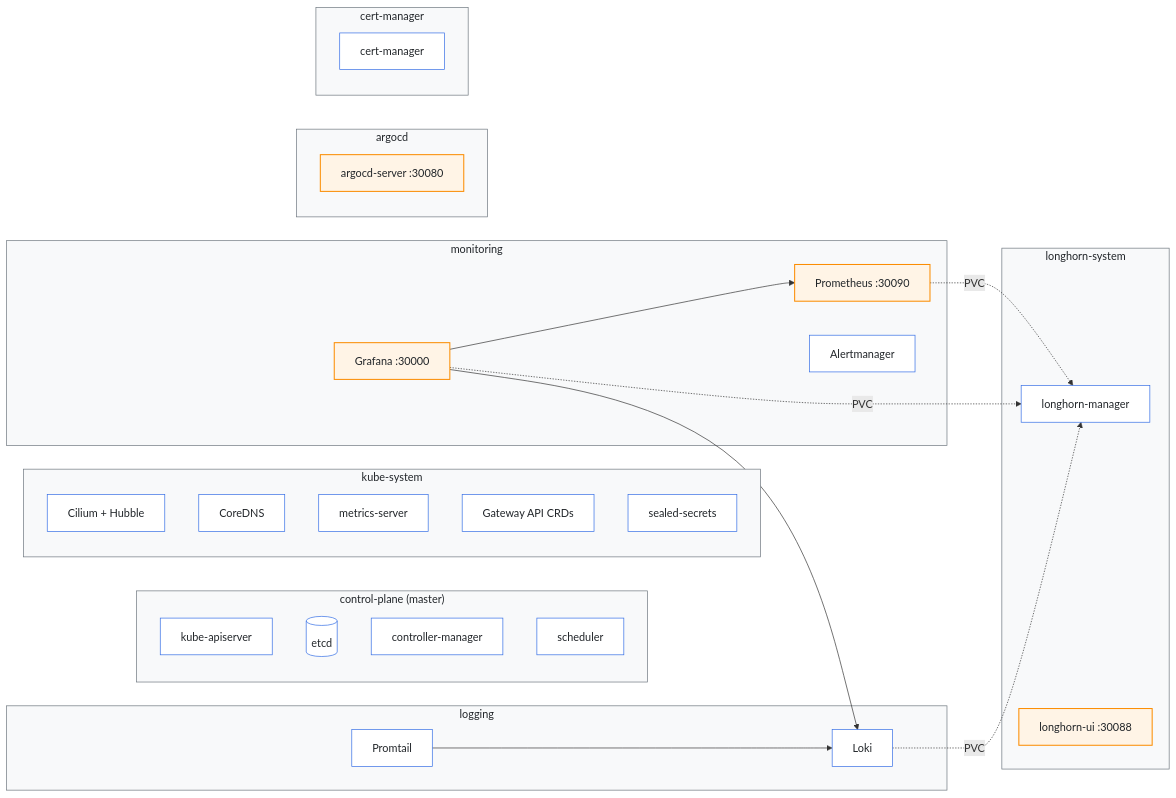
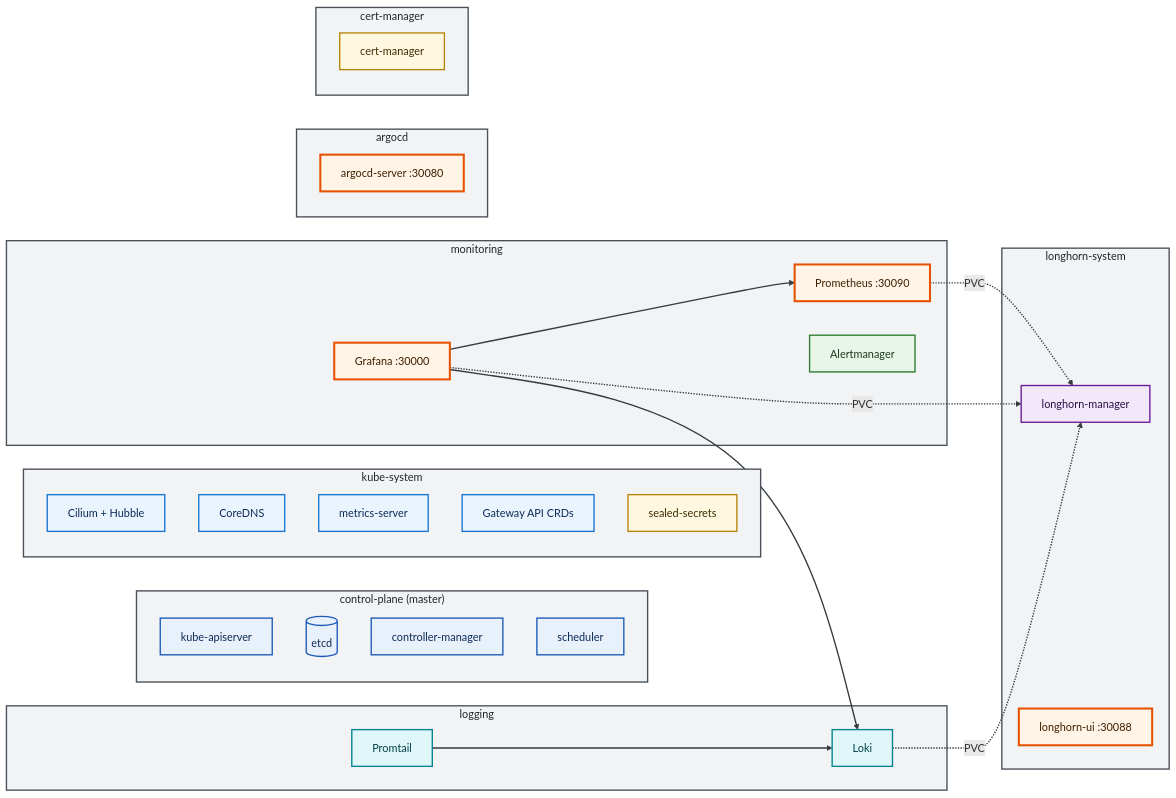
Before and after one commit to TaekyuKo/oci-k8s-production: the third of 4 diagrams in README.md, drawn with Mermaid. The commit also changed other lines of this file, not shown here.

Commit message:
Update Mermaid diagram styles in README.md

````diff
--- a/README.md
+++ b/README.md
@@ -125,54 +130,62 @@
 ```mermaid
 flowchart LR
-    classDef ns   fill:#F8F9FA,stroke:#6C757D,stroke-width:1px,color:#212529
-    classDef item fill:#FFFFFF,stroke:#326CE5,stroke-width:1px,color:#212529
-    classDef hl   fill:#FFF4E6,stroke:#FB8C00,stroke-width:1.5px,color:#212529
+    classDef ns      fill:#F1F3F5,stroke:#495057,stroke-width:2px,color:#212529
+    classDef cp      fill:#E7F0FB,stroke:#1E5BB8,stroke-width:2px,color:#0D2A57
+    classDef sys     fill:#EAF4FE,stroke:#1976D2,stroke-width:2px,color:#0D2A57
+    classDef storage fill:#F1E8FA,stroke:#6A1B9A,stroke-width:2px,color:#2D0E47
+    classDef monitor fill:#E8F5E9,stroke:#2E7D32,stroke-width:2px,color:#1B3A1D
+    classDef logging fill:#E0F7FA,stroke:#00838F,stroke-width:2px,color:#003F47
+    classDef gitops  fill:#FFEBEE,stroke:#C62828,stroke-width:2px,color:#4A0E0E
+    classDef sec     fill:#FFF8E1,stroke:#B8860B,stroke-width:2px,color:#3D2C00
+    classDef hl      fill:#FFF4E6,stroke:#E65100,stroke-width:3px,color:#3E1F00
 
     subgraph CP["control-plane (master)"]
-        API[kube-apiserver]:::item
-        ETCD[(etcd)]:::item
-        CTRL[controller-manager]:::item
-        SCHED[scheduler]:::item
+        API[kube-apiserver]:::cp
+        ETCD[(etcd)]:::cp
+        CTRL[controller-manager]:::cp
+        SCHED[scheduler]:::cp
     end
 
     subgraph KS["kube-system"]
-        CIL[Cilium + Hubble]:::item
-        DNS[CoreDNS]:::item
-        MS[metrics-server]:::item
-        GW[Gateway API CRDs]:::item
-        SS[sealed-secrets]:::item
+        CIL[Cilium + Hubble]:::sys
+        DNS[CoreDNS]:::sys
+        MS[metrics-server]:::sys
+        GW[Gateway API CRDs]:::sys
+        SS[sealed-secrets]:::sec
     end
 
     subgraph LH["longhorn-system"]
-        LHM[longhorn-manager]:::item
+        LHM[longhorn-manager]:::storage
         LHU[longhorn-ui  :30088]:::hl
     end
 
     subgraph MON["monitoring"]
         PROM[Prometheus  :30090]:::hl
         GRAF[Grafana  :30000]:::hl
-        AM[Alertmanager]:::item
+        AM[Alertmanager]:::monitor
     end
 
     subgraph LOG["logging"]
-        LOKI[Loki]:::item
-        PT[Promtail]:::item
+        LOKI[Loki]:::logging
+        PT[Promtail]:::logging
     end
 
     subgraph ARGO["argocd"]
         AS[argocd-server  :30080]:::hl
     end
 
     subgraph CM["cert-manager"]
-        CMC[cert-manager]:::item
+        CMC[cert-manager]:::sec
     end
 
     PROM -. PVC .-> LHM
     GRAF -. PVC .-> LHM
     LOKI -. PVC .-> LHM
     PT --> LOKI
     GRAF --> PROM
     GRAF --> LOKI
 
     class CP,KS,LH,MON,LOG,ARGO,CM ns
+
+    linkStyle default stroke:#343A40,stroke-width:2px
 ```
````
